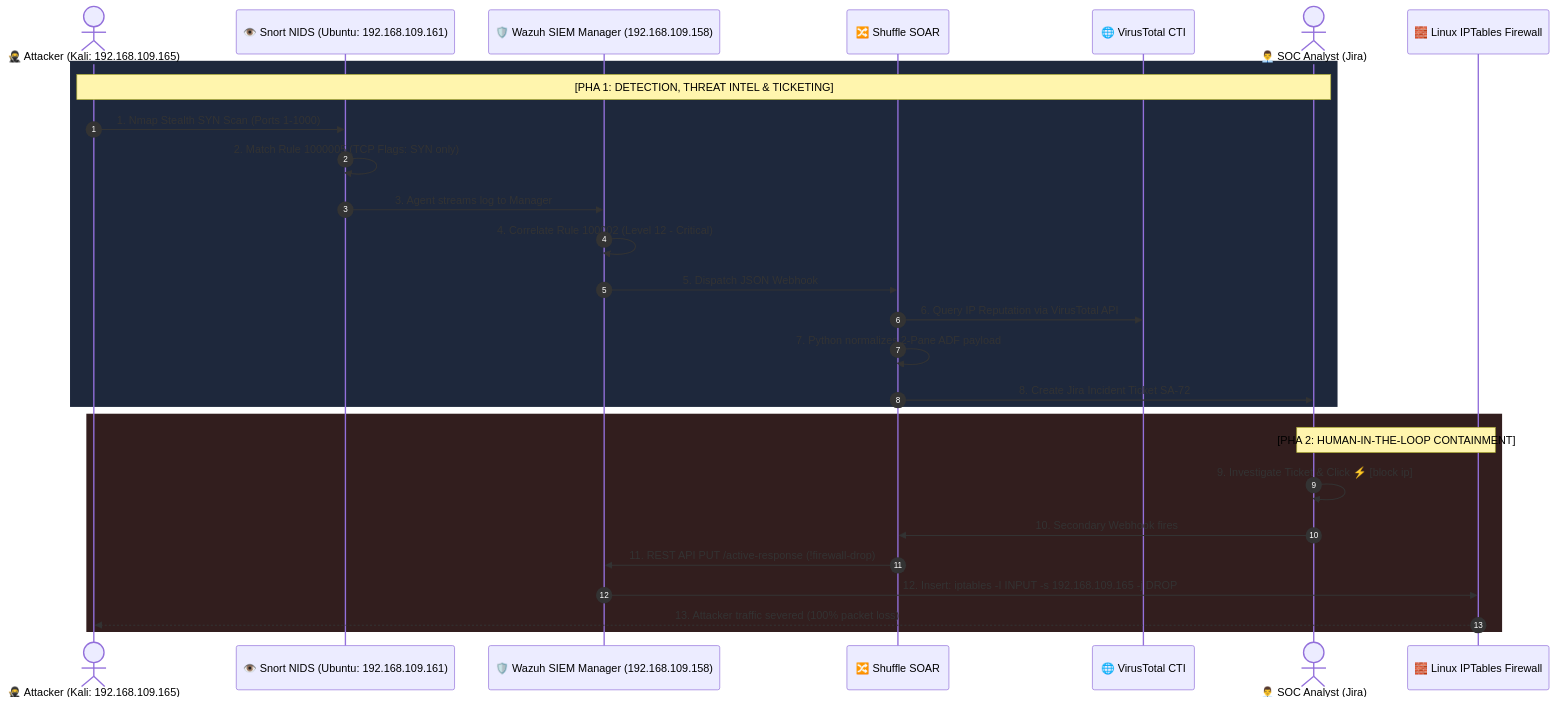
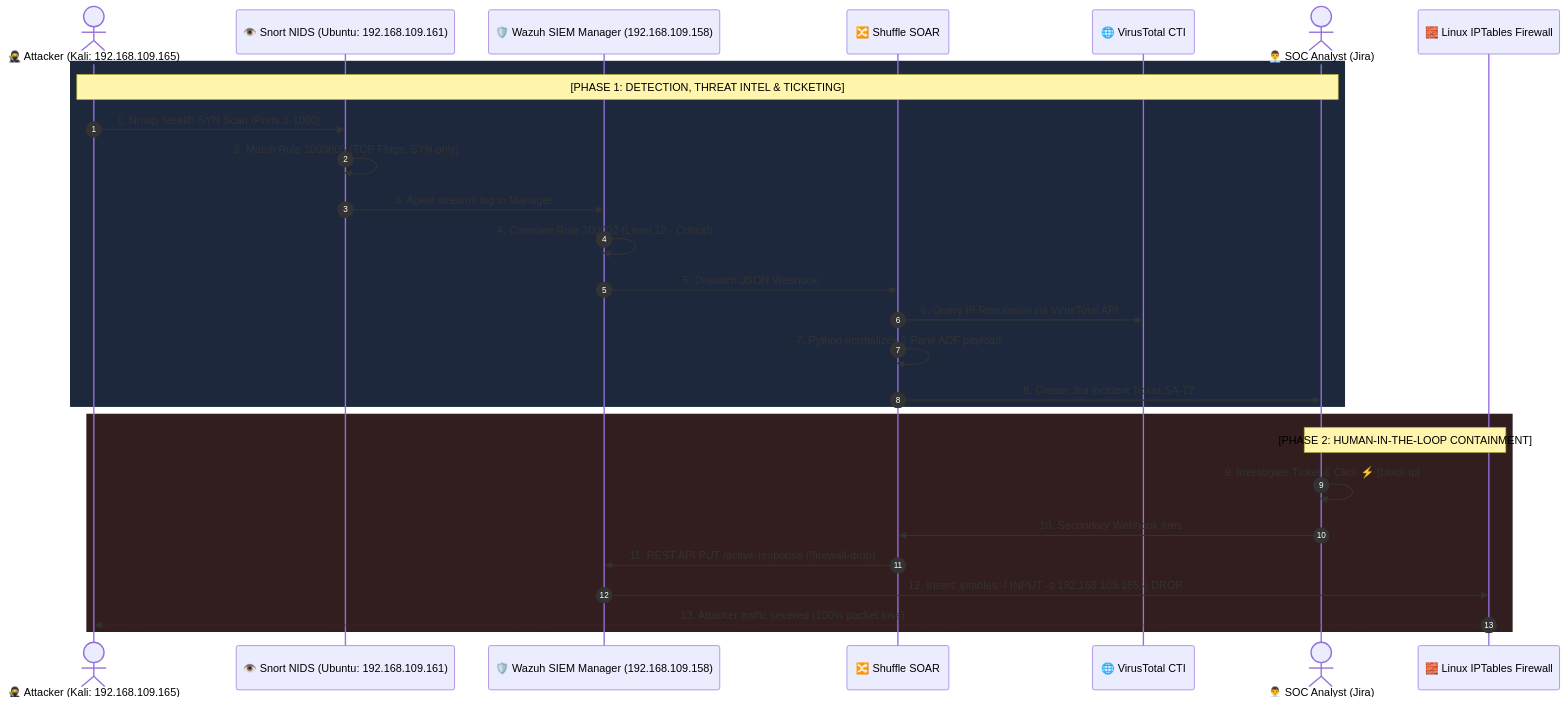
One commit to mikeH1fsd/soc-soar-ai-lab changed the diagram in docs/playbooks/playbook_2_nmap_defense.md. Above: the diagram before and after it, drawn with Mermaid. The commit also changed other lines of this file and 5 other files, not shown here.

Commit message:
docs(readme): translate network schema to English, streamline tech stacks, and prune redundant artifacts

````diff
--- a/docs/playbooks/playbook_2_nmap_defense.md
+++ b/docs/playbooks/playbook_2_nmap_defense.md
@@ -29,32 +29,32 @@
 ```mermaid
 sequenceDiagram
     autonumber
     actor Kali as 🥷 Attacker (Kali: 192.168.109.165)
     participant Snort as 👁️ Snort NIDS (Ubuntu: 192.168.109.161)
     participant Wazuh as 🛡️ Wazuh SIEM Manager (192.168.109.158)
     participant Shuffle as 🔀 Shuffle SOAR
     participant VT as 🌐 VirusTotal CTI
     actor Analyst as 👨‍💼 SOC Analyst (Jira)
     participant IPTables as 🧱 Linux IPTables Firewall
 
     rect rgb(30, 40, 60)
-    Note over Kali,Analyst: [PHA 1: DETECTION, THREAT INTEL & TICKETING]
+    Note over Kali,Analyst: [PHASE 1: DETECTION, THREAT INTEL & TICKETING]
     Kali->>Snort: 1. Nmap Stealth SYN Scan (Ports 1-1000)
     Snort->>Snort: 2. Match Rule 1000005 (TCP Flags: SYN only)
     Snort->>Wazuh: 3. Agent streams log to Manager
     Wazuh->>Wazuh: 4. Correlate Rule 100002 (Level 12 - Critical)
     Wazuh->>Shuffle: 5. Dispatch JSON Webhook
     Shuffle->>VT: 6. Query IP Reputation via VirusTotal API
     Shuffle->>Shuffle: 7. Python normalizes 2-Pane ADF payload
     Shuffle->>Analyst: 8. Create Jira Incident Ticket SA-72
     end
 
     rect rgb(50, 30, 30)
-    Note over Analyst,IPTables: [PHA 2: HUMAN-IN-THE-LOOP CONTAINMENT]
+    Note over Analyst,IPTables: [PHASE 2: HUMAN-IN-THE-LOOP CONTAINMENT]
     Analyst->>Analyst: 9. Investigate Ticket & Click ⚡ [block ip]
     Analyst->>Shuffle: 10. Secondary Webhook fires
     Shuffle->>Wazuh: 11. REST API PUT /active-response (!firewall-drop)
     Wazuh->>IPTables: 12. Insert: iptables -I INPUT -s 192.168.109.165 -j DROP
     IPTables-->>Kali: 13. Attacker traffic severed (100% packet loss)
     end
 ```
````
